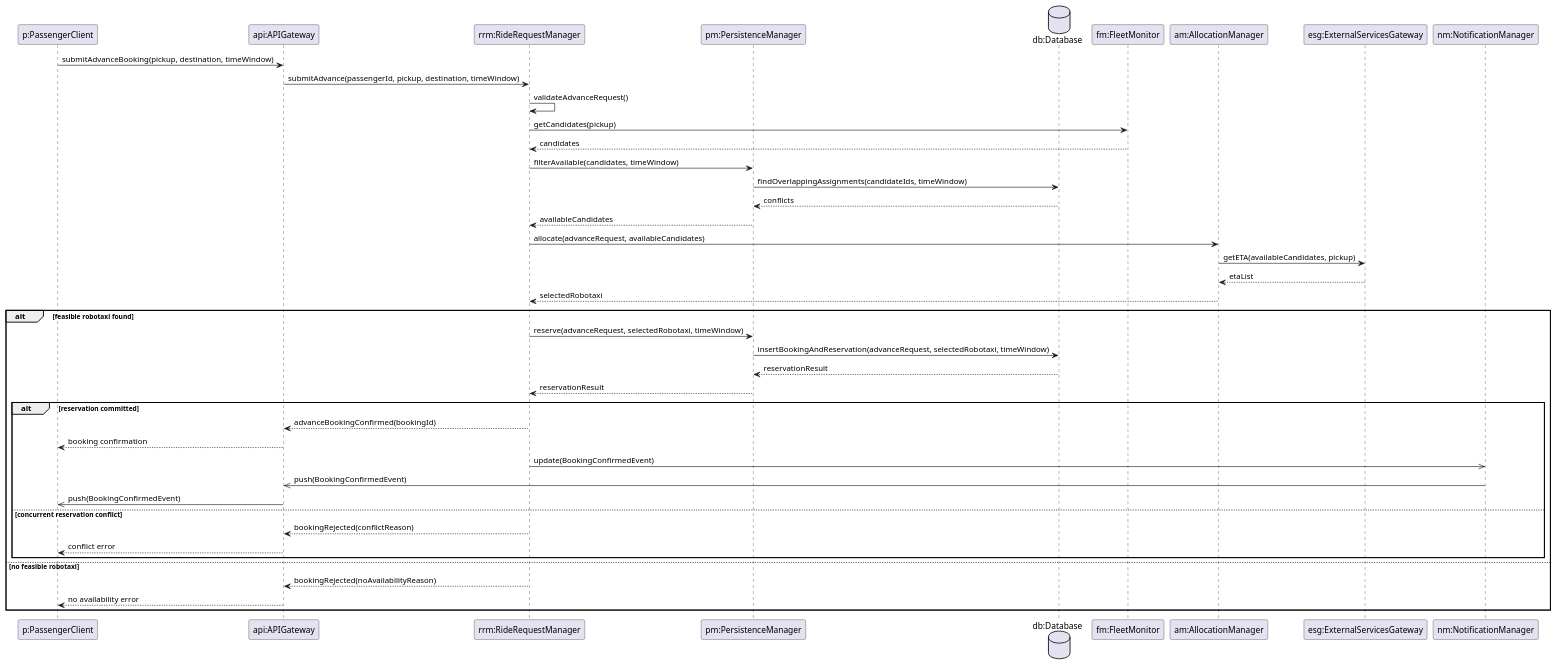
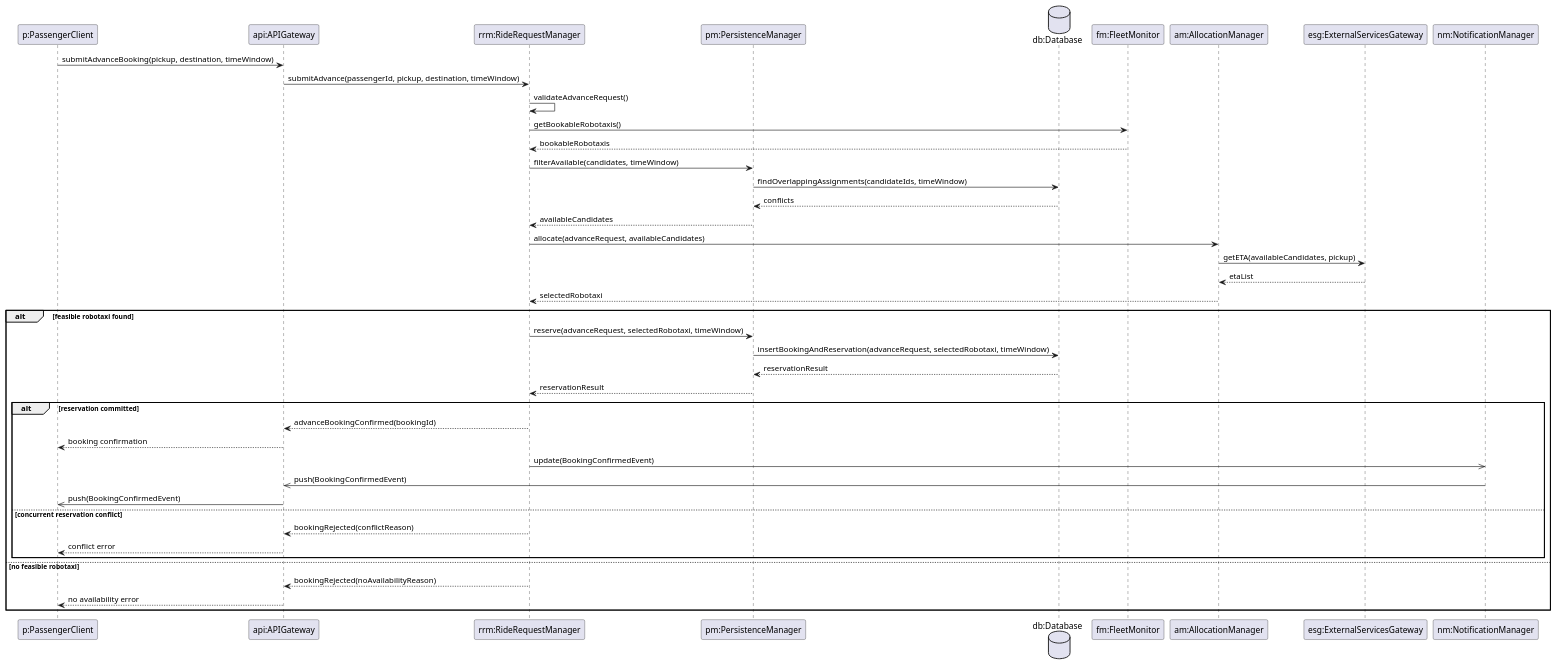
One commit to meggie-0/SE4A_ROAd_MargheritaBertipaglia_DavidCazzaniga_PasqualeIgnarra_Project changed the eighth of 10 diagrams in Implementation/docs/DD.md. Above: the diagram before and after it, drawn with PlantUML. The commit also changed other lines of this file and 18 other files, not shown here.

````diff
--- a/Implementation/docs/DD.md
+++ b/Implementation/docs/DD.md
@@ -872,50 +873,50 @@
 ```plantuml
 participant "p:PassengerClient" as P
 participant "api:APIGateway" as API
 participant "rrm:RideRequestManager" as RRM
 participant "pm:PersistenceManager" as PM
 database "db:Database" as DB
 participant "fm:FleetMonitor" as FM
 participant "am:AllocationManager" as AM
 participant "esg:ExternalServicesGateway" as ESG
 participant "nm:NotificationManager" as NM
 
 P -> API : submitAdvanceBooking(pickup, destination, timeWindow)
 API -> RRM : submitAdvance(passengerId, pickup, destination, timeWindow)
 
 RRM -> RRM : validateAdvanceRequest()
 
-RRM -> FM : getCandidates(pickup)
-FM --> RRM : candidates
+RRM -> FM : getBookableRobotaxis()
+FM --> RRM : bookableRobotaxis
 
 RRM -> PM : filterAvailable(candidates, timeWindow)
 PM -> DB : findOverlappingAssignments(candidateIds, timeWindow)
 DB --> PM : conflicts
 PM --> RRM : availableCandidates
 
 RRM -> AM : allocate(advanceRequest, availableCandidates)
 AM -> ESG : getETA(availableCandidates, pickup)
 ESG --> AM : etaList
 AM --> RRM : selectedRobotaxi
 
 alt feasible robotaxi found
     RRM -> PM : reserve(advanceRequest, selectedRobotaxi, timeWindow)
     PM -> DB : insertBookingAndReservation(advanceRequest, selectedRobotaxi, timeWindow)
     DB --> PM : reservationResult
     PM --> RRM : reservationResult
 
     alt reservation committed
         RRM --> API : advanceBookingConfirmed(bookingId)
         API --> P : booking confirmation
         RRM ->> NM : update(BookingConfirmedEvent)
         NM ->> API : push(BookingConfirmedEvent)
         API ->> P : push(BookingConfirmedEvent)
     else concurrent reservation conflict
         RRM --> API : bookingRejected(conflictReason)
         API --> P : conflict error
     end
 else no feasible robotaxi
     RRM --> API : bookingRejected(noAvailabilityReason)
     API --> P : no availability error
 end
 ```
````
